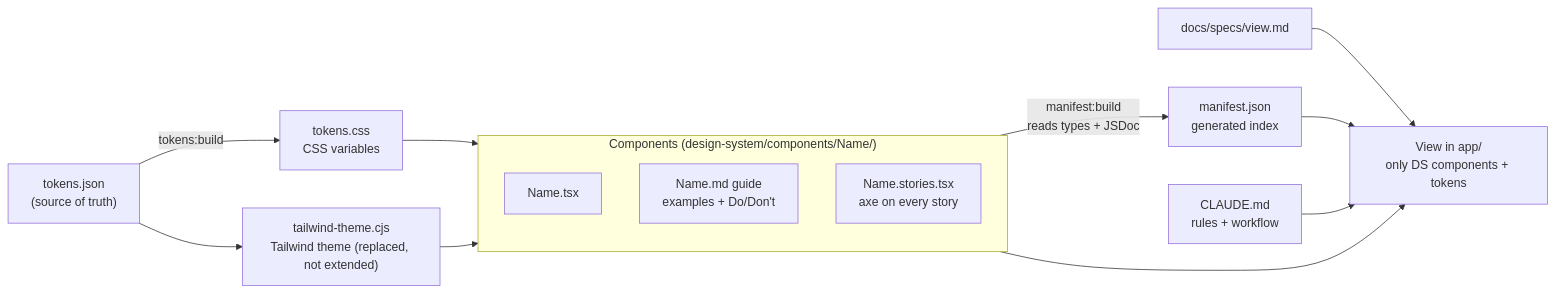
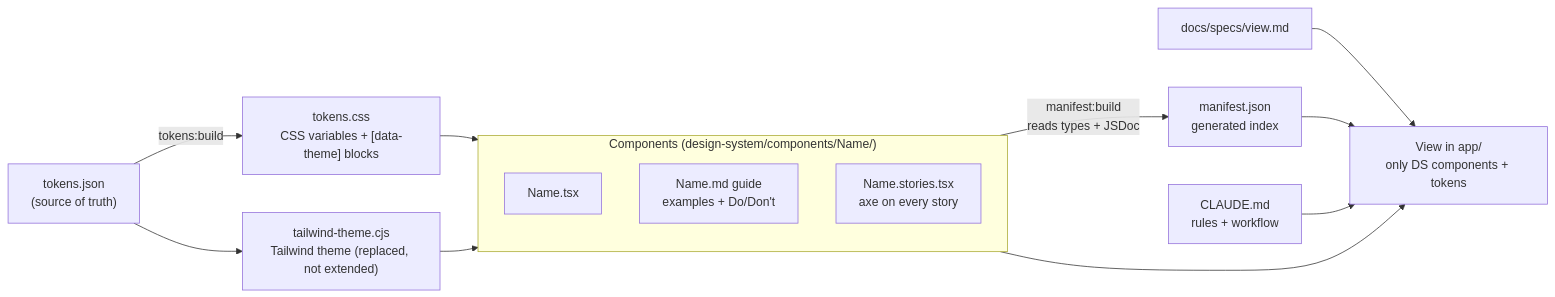
One commit to Dicky59/design-system changed the diagram in README.md. Above: the diagram before and after it, drawn with Mermaid. The commit also changed other lines of this file and 1 other file, not shown here.

First line of the commit message:
docs: document themes in CLAUDE.md and README with three-theme comparison

````diff
--- a/README.md
+++ b/README.md
@@ -37,18 +37,18 @@
 ```mermaid
 flowchart LR
-  T["tokens.json<br/>(source of truth)"] -->|tokens:build| CSS["tokens.css<br/>CSS variables"]
+  T["tokens.json<br/>(source of truth)"] -->|tokens:build| CSS["tokens.css<br/>CSS variables + [data-theme] blocks"]
   T --> TW["tailwind-theme.cjs<br/>Tailwind theme (replaced, not extended)"]
   CSS --> C
   TW --> C
   subgraph C["Components (design-system/components/Name/)"]
     direction TB
     TSX["Name.tsx"]
     G["Name.md guide<br/>examples + Do/Don't"]
     S["Name.stories.tsx<br/>axe on every story"]
   end
   C -->|manifest:build<br/>reads types + JSDoc| M["manifest.json<br/>generated index"]
   SPEC["docs/specs/view.md"] --> V["View in app/<br/>only DS components + tokens"]
   M --> V
   G --> V
   CL["CLAUDE.md<br/>rules + workflow"] --> V
 ```
````
